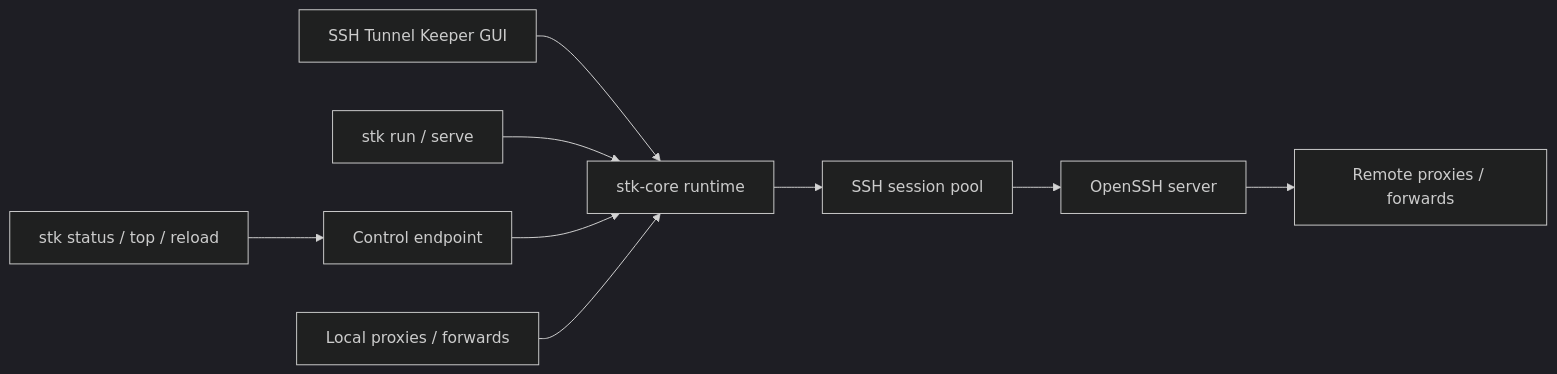
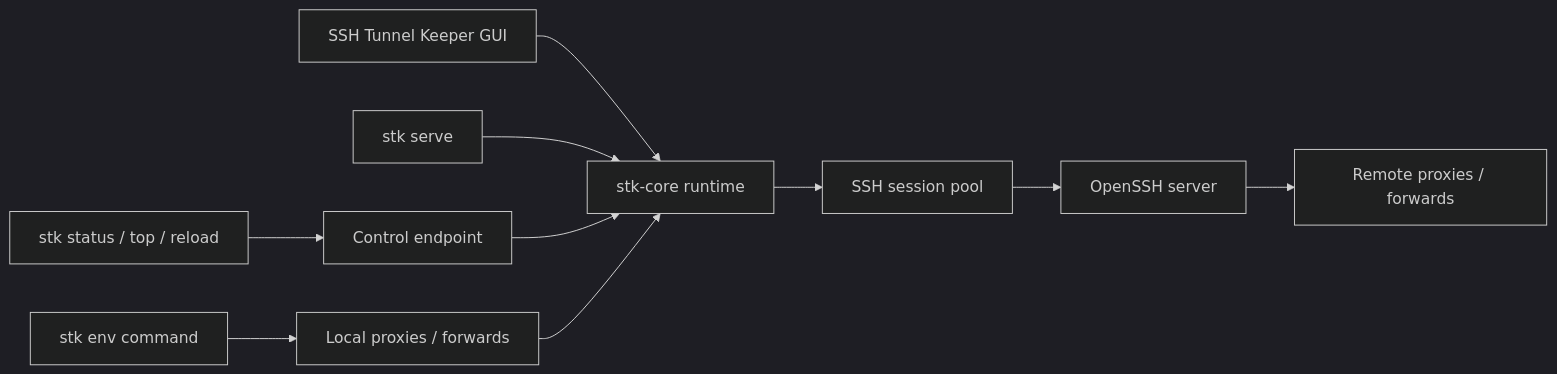
The diagram in README.md (ruizhe/stk), drawn with Mermaid (dark theme) before and after one commit. The commit also changed other lines of this file and 18 other files, not shown here.

````diff
--- a/README.md
+++ b/README.md
@@ -50,11 +50,12 @@
 ```mermaid
 flowchart LR
     GUI[SSH Tunnel Keeper GUI] --> CORE[stk-core runtime]
-    CLI[stk run / serve] --> CORE
+    CLI[stk serve] --> CORE
+    ENV[stk env command] --> LP
     CTL[stk status / top / reload] --> API[Control endpoint]
     API --> CORE
     CORE --> POOL[SSH session pool]
     POOL --> SSHD[OpenSSH server]
     LP[Local proxies / forwards] --> CORE
     SSHD --> RP[Remote proxies / forwards]
 ```
````
